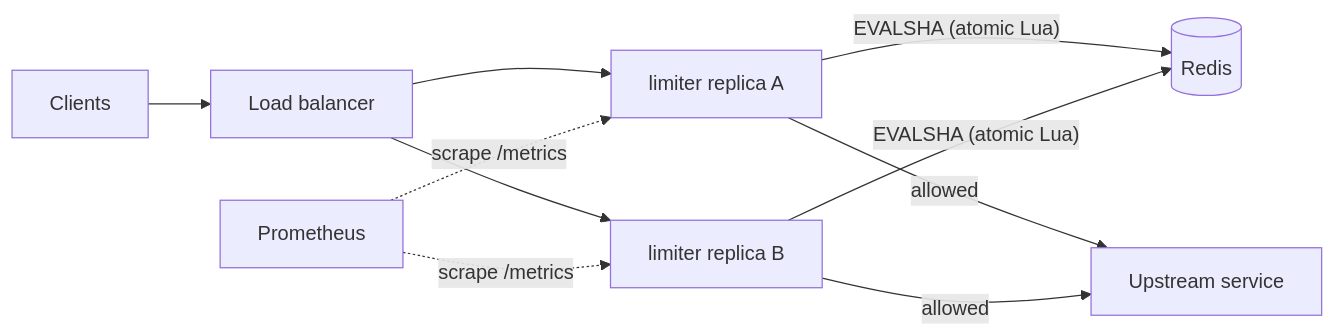
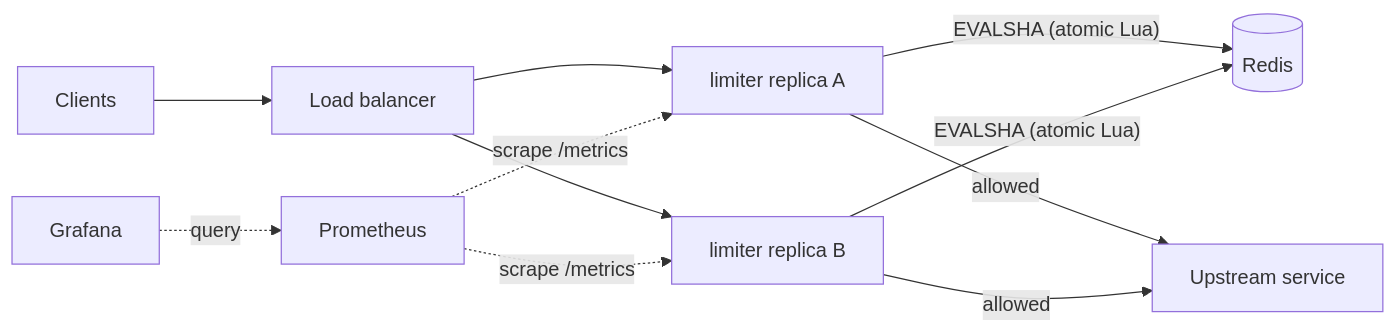
The first of 3 diagrams in README.md (mananbatraa/RateLimiter), drawn with Mermaid before and after one commit. The commit also changed other lines of this file and 4 other files, not shown here.

````diff
--- a/README.md
+++ b/README.md
@@ -17,12 +18,13 @@
 ```mermaid
 flowchart LR
     C[Clients] --> LB[Load balancer]
     LB --> A[limiter replica A]
     LB --> B[limiter replica B]
     A -- "EVALSHA (atomic Lua)" --> R[(Redis)]
     B -- "EVALSHA (atomic Lua)" --> R
     A -- allowed --> U[Upstream service]
     B -- allowed --> U
     P[Prometheus] -. scrape /metrics .-> A
     P -. scrape /metrics .-> B
+    G[Grafana] -. query .-> P
 ```
````
